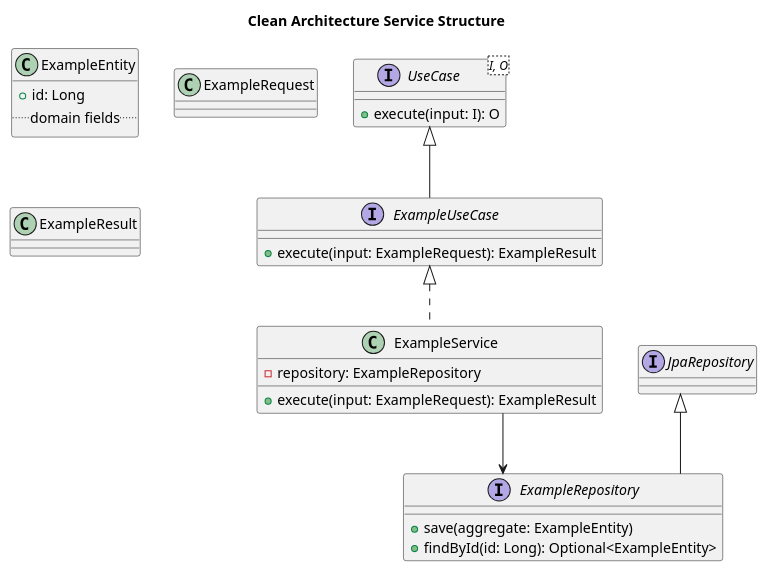
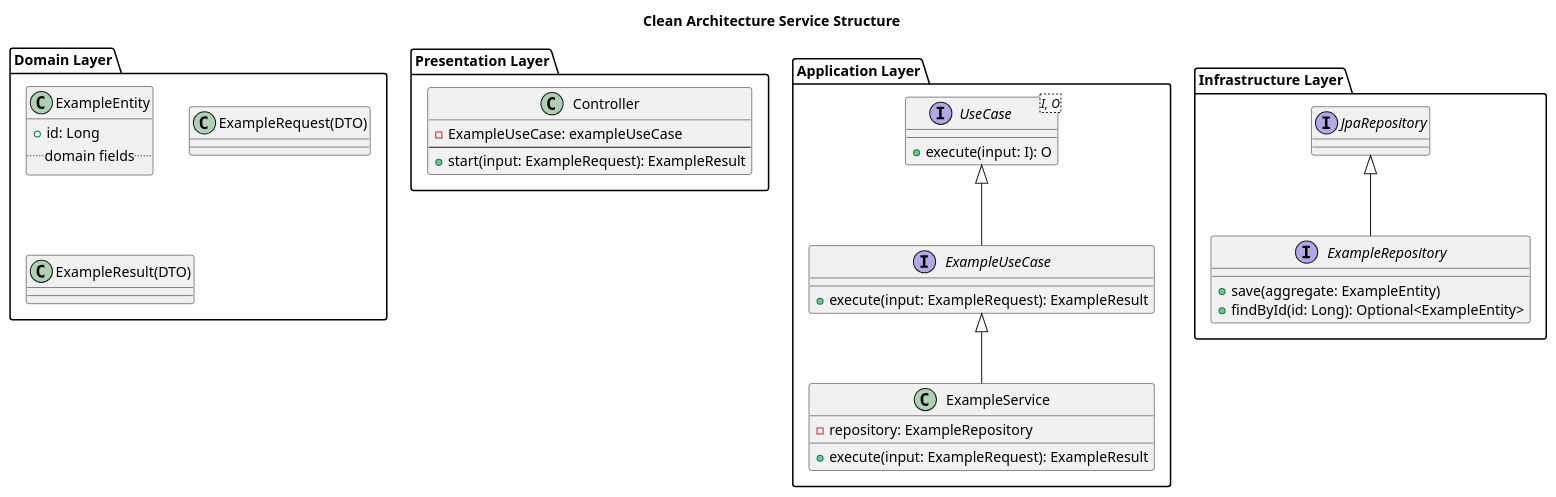
The diagram in CleanArchitectureServiceStructure.puml (Paycore-Team/Paycore), drawn with PlantUML before and after one commit. The commit also changed 7 other files, not shown here.

```diff
--- a/CleanArchitectureServiceStructure.puml
+++ b/CleanArchitectureServiceStructure.puml
@@ -1,48 +1,60 @@
 @startuml
 skinparam linetype ortho
 title Clean Architecture Service Structure
 
-' 공통 UseCase 인터페이스
+package "Presentation Layer" {
+class Controller {
+  -ExampleUseCase: exampleUseCase
+  ---
+  +start(input: ExampleRequest): ExampleResult
+}
+}
+
+package "Application Layer" {
+
 interface UseCase<I, O> {
   +execute(input: I): O
 }
 
-' 서비스별 UseCase 인터페이스
 interface ExampleUseCase {
   +execute(input: ExampleRequest): ExampleResult
 }
 
 ' UseCase 구현 서비스
 class ExampleService {
   -repository: ExampleRepository
   +execute(input: ExampleRequest): ExampleResult
 }
+}
+
+package "Domain Layer" {
+
 
 ' 도메인 엔티티(예시)
 class ExampleEntity {
   +id: Long
   ..domain fields..
 }
 
-' 입력/출력 DTO
-class ExampleRequest
-class ExampleResult
+class ExampleRequest(DTO)
+class ExampleResult(DTO)
+}
+package "Infrastructure Layer" {
 
 ' 스프링 JPA 공통 레포지토리
 interface JpaRepository {
 }
 
 ' 도메인 레포지토리 인터페이스
 interface ExampleRepository {
   +save(aggregate: ExampleEntity)
   +findById(id: Long): Optional<ExampleEntity>
 }
-
+}
 ' 관계 정의
 UseCase <|-- ExampleUseCase
-ExampleUseCase <|.. ExampleService
+ExampleUseCase <|-- ExampleService
 
-ExampleService --> ExampleRepository
 JpaRepository <|-- ExampleRepository
 
 @enduml
```
